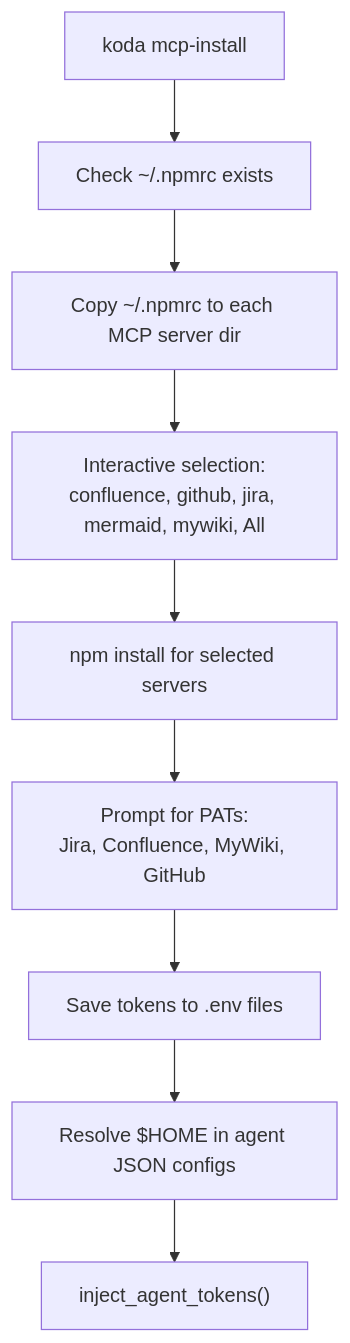
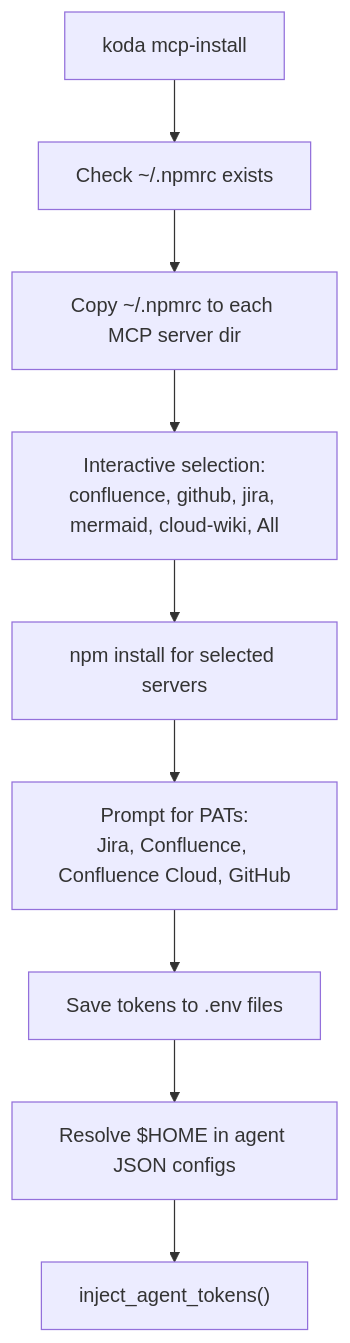
The third of 4 diagrams in docs/architecture/ARCHITECTURE.md (rsanchez-disney/steer-runtime), drawn with Mermaid before and after one commit. The commit also changed other lines of this file and 261 other files, not shown here.

First line of the commit message:
chore: migrate myjira + mywiki → Atlassian Cloud (#551)

````diff
--- a/docs/architecture/ARCHITECTURE.md
+++ b/docs/architecture/ARCHITECTURE.md
@@ -163,11 +163,11 @@
 ```mermaid
 graph TD
     A["koda mcp-install"] --> B["Check ~/.npmrc exists"]
     B --> C["Copy ~/.npmrc to each MCP server dir"]
-    C --> D["Interactive selection:<br/>confluence, github, jira, mermaid, mywiki, All"]
+    C --> D["Interactive selection:<br/>confluence, github, jira, mermaid, cloud-wiki, All"]
     D --> E["npm install for selected servers"]
-    E --> F["Prompt for PATs:<br/>Jira, Confluence, MyWiki, GitHub"]
+    E --> F["Prompt for PATs:<br/>Jira, Confluence, Confluence Cloud, GitHub"]
     F --> G["Save tokens to .env files"]
     G --> H["Resolve $HOME in agent JSON configs"]
     H --> I["inject_agent_tokens()"]
 ```
````
